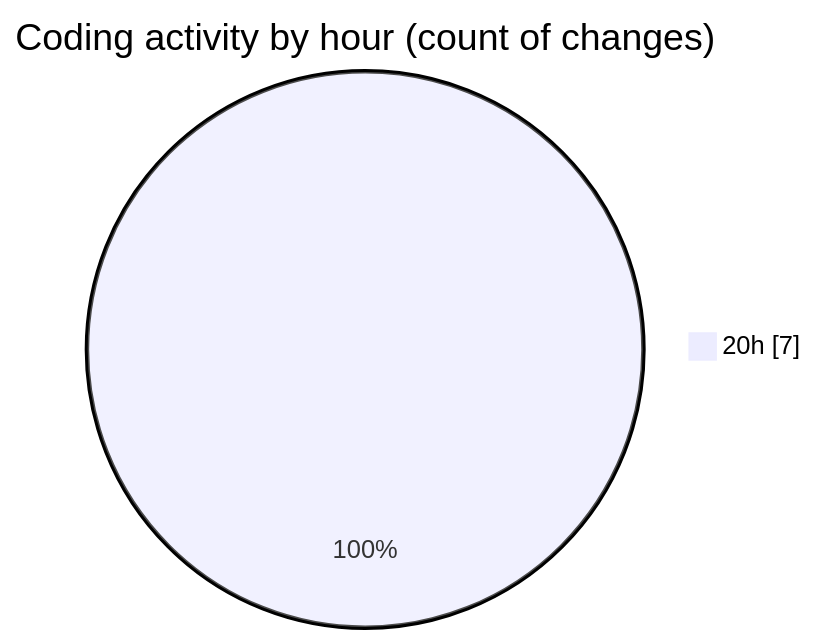
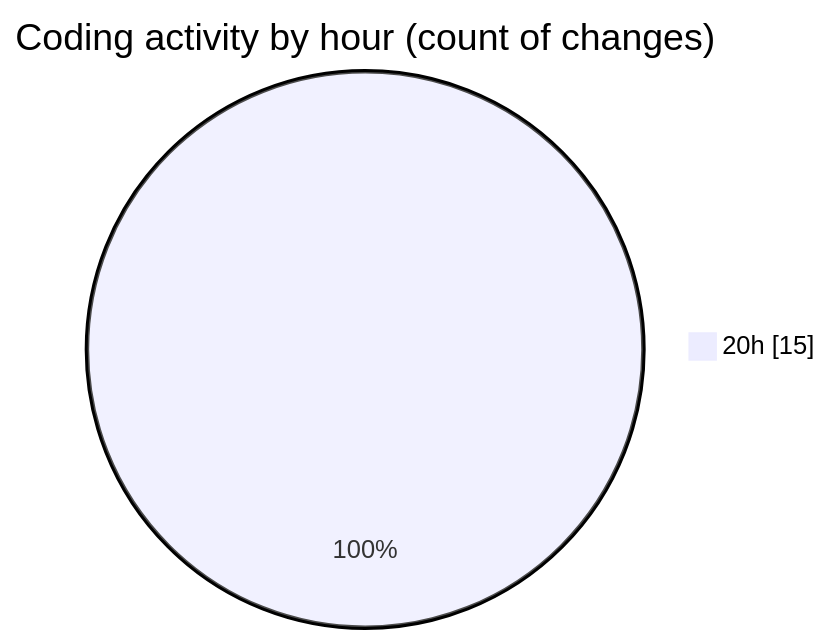
One commit to Netris89/code-tracking changed the second of 2 diagrams in 2025-03-13/front-end/README.md. Above: the diagram before and after it, drawn with Mermaid. The commit also changed other lines of this file and 1 other file, not shown here.

````diff
--- a/2025-03-13/front-end/README.md
+++ b/2025-03-13/front-end/README.md
@@ -32,5 +32,5 @@
 ```mermaid
 pie showData
 title Coding activity by hour (count of changes)
-"20h" : 7
+"20h" : 15
 ```
````
